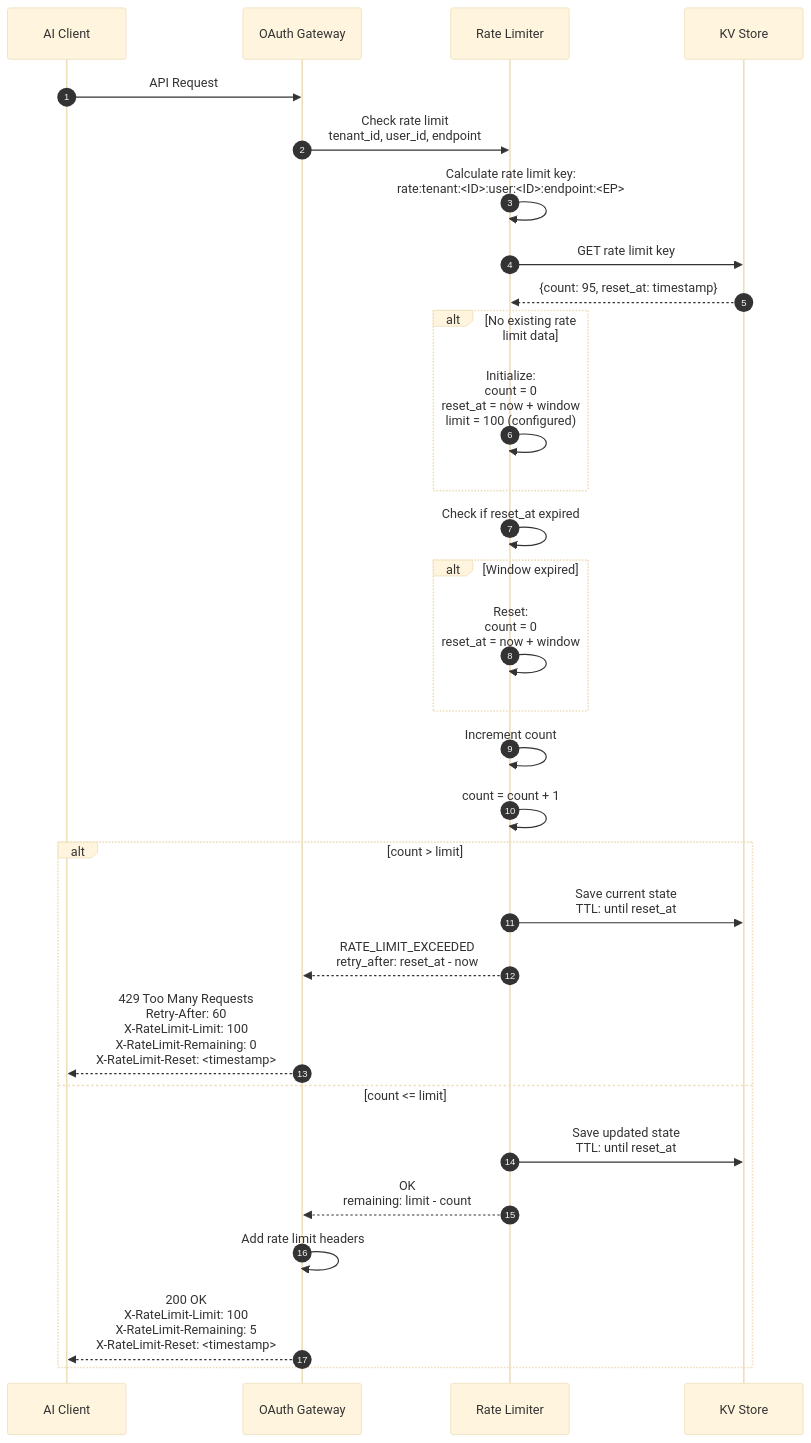
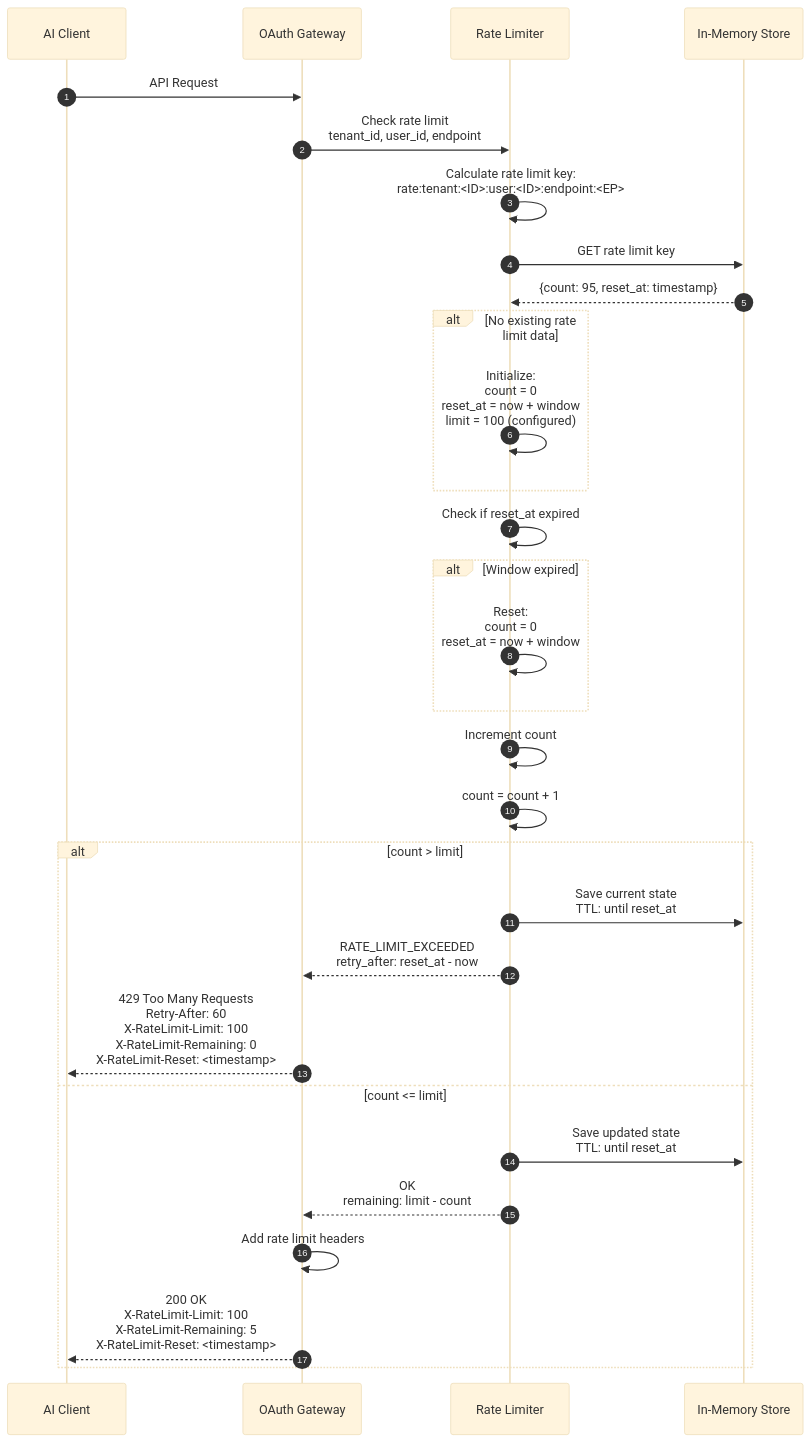
Before and after one commit to TevBenji/OAuth-2.1-MCP-Gateway: the sixth of 8 diagrams in docs/architecture/flows.md, drawn with Mermaid (base theme). The commit also changed other lines of this file and 75 other files, not shown here.

````diff
--- a/docs/architecture/flows.md
+++ b/docs/architecture/flows.md
@@ -394,39 +396,39 @@
 ```mermaid
 sequenceDiagram
     autonumber
     participant AI as AI Client
     participant Gateway as OAuth Gateway
     participant Rate as Rate Limiter
-    participant KV as KV Store
+    participant Mem as In-Memory Store
 
     AI->>Gateway: API Request
     Gateway->>Rate: Check rate limit<br/>tenant_id, user_id, endpoint
 
     Rate->>Rate: Calculate rate limit key:<br/>rate:tenant:<ID>:user:<ID>:endpoint:<EP>
 
-    Rate->>KV: GET rate limit key
-    KV-->>Rate: {count: 95, reset_at: timestamp}
+    Rate->>Mem: GET rate limit key
+    Mem-->>Rate: {count: 95, reset_at: timestamp}
 
     alt No existing rate limit data
         Rate->>Rate: Initialize:<br/>count = 0<br/>reset_at = now + window<br/>limit = 100 (configured)
     end
 
     Rate->>Rate: Check if reset_at expired
     alt Window expired
         Rate->>Rate: Reset:<br/>count = 0<br/>reset_at = now + window
     end
 
     Rate->>Rate: Increment count
     Rate->>Rate: count = count + 1
 
     alt count > limit
-        Rate->>KV: Save current state<br/>TTL: until reset_at
+        Rate->>Mem: Save current state<br/>TTL: until reset_at
         Rate-->>Gateway: RATE_LIMIT_EXCEEDED<br/>retry_after: reset_at - now
         Gateway-->>AI: 429 Too Many Requests<br/>Retry-After: 60<br/>X-RateLimit-Limit: 100<br/>X-RateLimit-Remaining: 0<br/>X-RateLimit-Reset: <timestamp>
     else count <= limit
-        Rate->>KV: Save updated state<br/>TTL: until reset_at
+        Rate->>Mem: Save updated state<br/>TTL: until reset_at
         Rate-->>Gateway: OK<br/>remaining: limit - count
         Gateway->>Gateway: Add rate limit headers
         Gateway-->>AI: 200 OK<br/>X-RateLimit-Limit: 100<br/>X-RateLimit-Remaining: 5<br/>X-RateLimit-Reset: <timestamp>
     end
 ```
````
